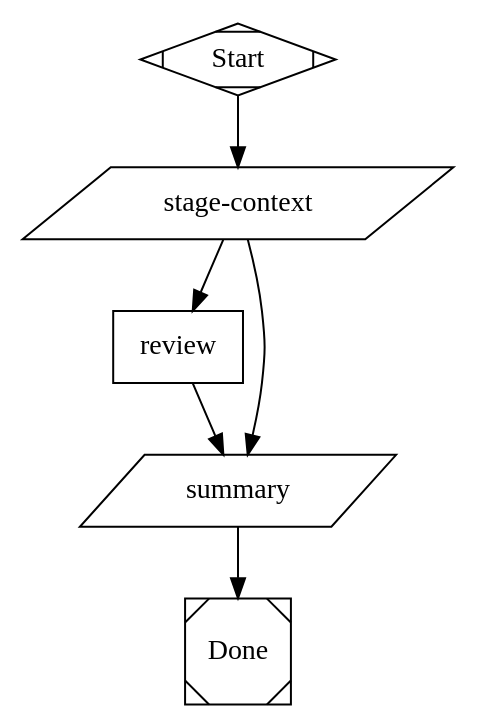
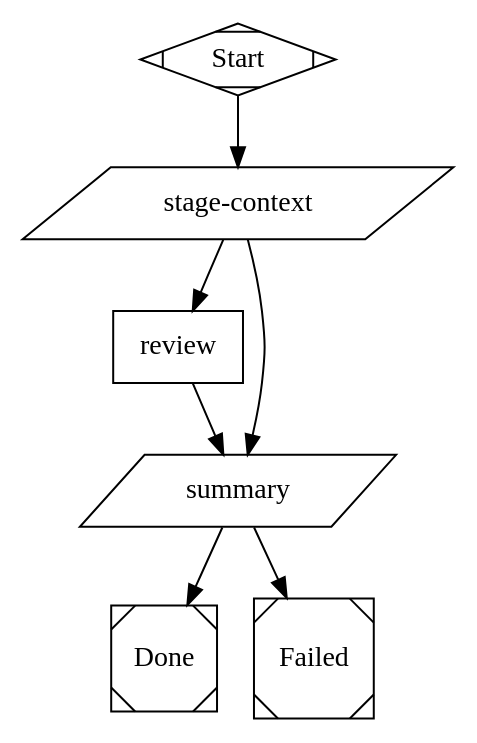
The diagram in workflows/review/graph.dot (mattleaverton/kilroy), drawn with Graphviz before and after one commit. The commit also changed 10 other files, not shown here.

```diff
--- a/workflows/review/graph.dot
+++ b/workflows/review/graph.dot
@@ -1,31 +1,35 @@
 digraph review {
     graph [
         inputs="target",
         outputs="result.md,review.json",
         model_stylesheet="
             * { llm_provider: anthropic; llm_model: claude-sonnet-4.6; }
         "
     ]
 
     start         [shape=Mdiamond, label="Start"]
     stage_context [shape=parallelogram, label="stage-context",
                    tool_command="bash .kilroy/package/scripts/stage-context.sh"]
     agent         [shape=box, label="review", agent_tool="claude", agent_class="hard_coding",
                    prompt="You are working in a kilroy worktree on a code review. Code changes are NOT expected; this is a read-only review. Do not run git commit. Your task is in .kilroy/INPUT.md under the ## target section, and the diff to review is in .kilroy/diff.patch. If a ## checklist section is present, the path points at a review checklist to apply. If a ## context_files section is present, those paths point at files the user wants you to read for context. If a ## scope_directive section is present, treat it as a hard guardrail. Do NOT run go test ./... — too noisy; use go test <package> -run <pattern> only for targeted spot-checks if you need to confirm a finding. Time-cap your work: if a single line of analysis is not converging within ~15 minutes, write what you have to result.md with a BLOCKED: prefix and stop. Output: write result.md (Summary, Findings with severity, Verdict: MERGE | MERGE-FIX | FIX-MERGE | REJECT, Open questions) and review.json (a JSON array of findings, each with severity, file, line, message). When finished, write {\"status\":\"success\"} to $KILROY_STAGE_STATUS_PATH or $KILROY_STAGE_STATUS_FALLBACK_PATH if that fails.",
                    outputs="result.md,review.json"]
     summary       [shape=parallelogram, label="summary",
-                   tool_command="bash .kilroy/package/scripts/summary.sh"]
+                   tool_command="bash .kilroy/package/scripts/summary.sh",
+                   max_retries="0"]
     done          [shape=Msquare, label="Done"]
+    failed        [shape=Msquare, terminal_status="fail", label="Failed",
+                   failure_reason="agent_did_not_write_result"]
 
     // Failure paths route through `summary` so the run captures what
-    // happened in result.md before terminating. summary always
-    // succeeds: it synthesizes a BLOCKED: result.md and an empty
-    // review.json when the agent didn't produce them. Because both
-    // success and failure from `agent` route to `summary`, the edge is
-    // unconditional — no branching downstream of the agent.
+    // happened in result.md before terminating. summary fails (exit 1)
+    // when it had to synthesize a BLOCKED stub; the failed terminal
+    // then records FinalFail at the run level so dashboards can trust
+    // final.json. review.json defaults to []; result.md gets the
+    // synthesized BLOCKED stub on agent failure.
     start         -> stage_context
     stage_context -> agent          [condition="outcome=success"]
     stage_context -> summary        [condition="outcome!=success"]
     agent         -> summary
     summary       -> done            [condition="outcome=success"]
+    summary       -> failed          [condition="outcome!=success"]
 }
```
